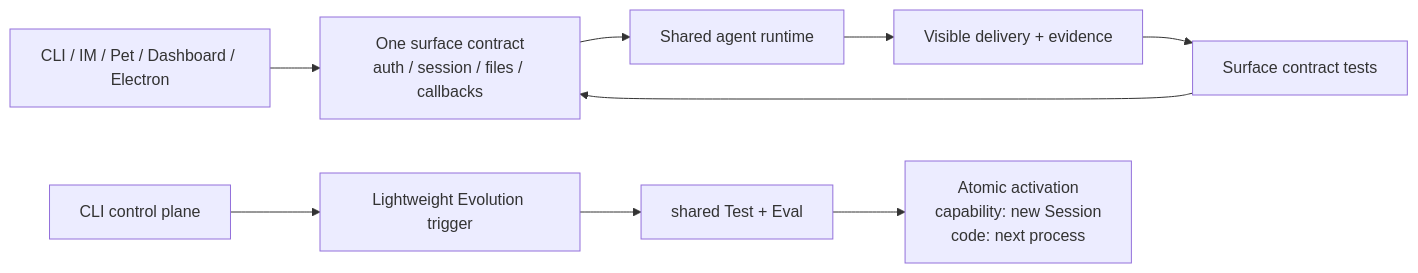
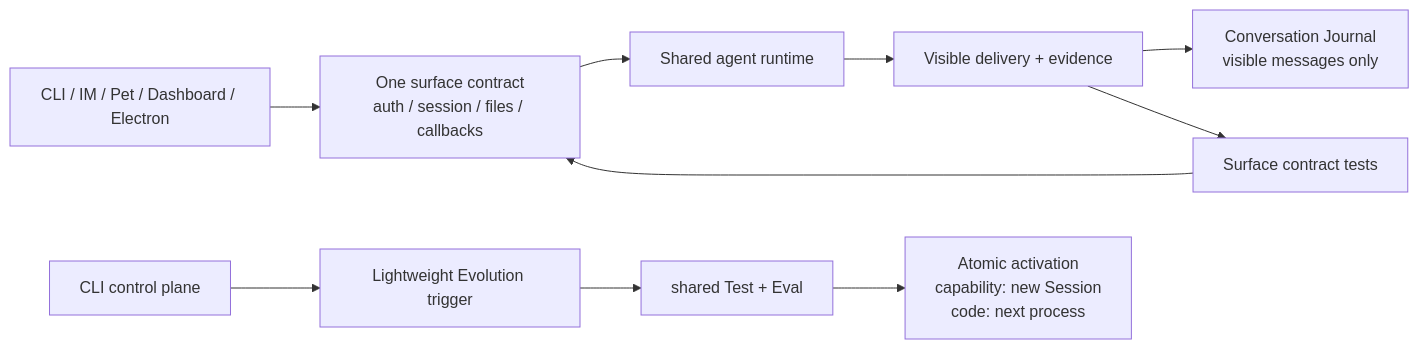
Before and after one commit to fightheyyy/xiaobaOS: the second of 2 diagrams in docs/surface/SPEC.md, drawn with Mermaid. The commit also changed other lines of this file and 25 other files, not shown here.

````diff
--- a/docs/surface/SPEC.md
+++ b/docs/surface/SPEC.md
@@ -57,11 +57,12 @@
 ```mermaid
 flowchart LR
     Entrypoints["CLI / IM / Pet / Dashboard / Electron"] --> Contract["One surface contract<br/>auth / session / files / callbacks"]
     Contract --> Runtime["Shared agent runtime"]
     Runtime --> Delivery["Visible delivery + evidence"]
+    Delivery --> Conversation["Conversation Journal<br/>visible messages only"]
     Delivery --> Verify["Surface contract tests"]
     Verify --> Contract
     CLI["CLI control plane"] --> Evolution["Lightweight Evolution trigger"]
     Evolution --> TestEval["shared Test + Eval"]
     TestEval --> Activate["Atomic activation<br/>capability: new Session<br/>code: next process"]
 ```
````
